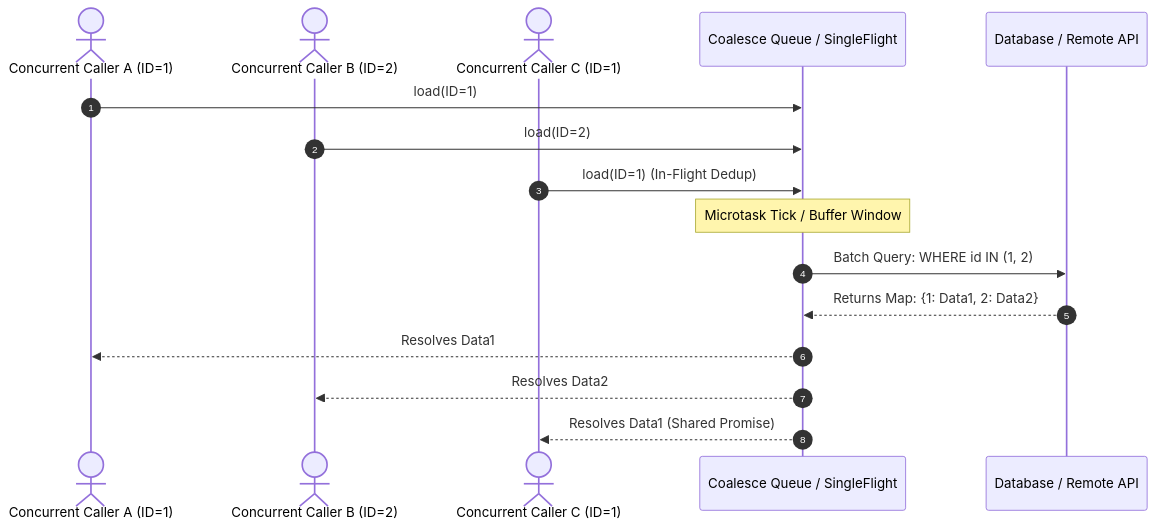
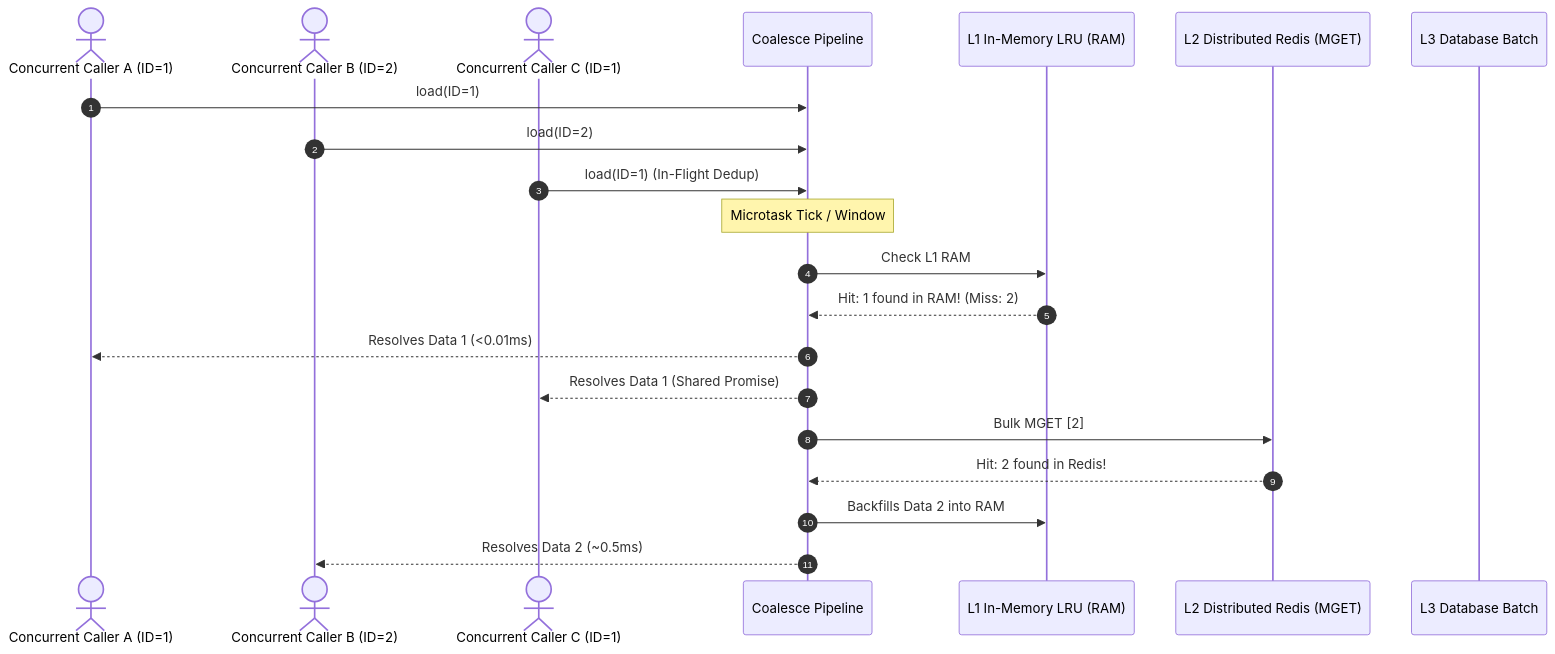
The diagram in website/src/content/docs/core/coalescing.mdx (montionugera/node-server-decorator), drawn with Mermaid before and after one commit. The commit also changed other lines of this file, not shown here.

````diff
--- a/website/src/content/docs/core/coalescing.mdx
+++ b/website/src/content/docs/core/coalescing.mdx
@@ -14,19 +15,26 @@
 ```mermaid
 sequenceDiagram
     autonumber
     actor CallerA as Concurrent Caller A (ID=1)
     actor CallerB as Concurrent Caller B (ID=2)
     actor CallerC as Concurrent Caller C (ID=1)
-    participant Coalescer as Coalesce Queue / SingleFlight
-    participant DB as Database / Remote API
+    participant Coalescer as Coalesce Pipeline
+    participant L1 as L1 In-Memory LRU (RAM)
+    participant L2 as L2 Distributed Redis (MGET)
+    participant DB as L3 Database Batch
 
     CallerA->>Coalescer: load(ID=1)
     CallerB->>Coalescer: load(ID=2)
     CallerC->>Coalescer: load(ID=1) (In-Flight Dedup)
-    Note over Coalescer: Microtask Tick / Buffer Window
-    Coalescer->>DB: Batch Query: WHERE id IN (1, 2)
-    DB-->>Coalescer: Returns Map: {1: Data1, 2: Data2}
-    Coalescer-->>CallerA: Resolves Data1
-    Coalescer-->>CallerB: Resolves Data2
-    Coalescer-->>CallerC: Resolves Data1 (Shared Promise)
+    Note over Coalescer: Microtask Tick / Window
+
+    Coalescer->>L1: Check L1 RAM
+    L1-->>Coalescer: Hit: 1 found in RAM! (Miss: 2)
+    Coalescer-->>CallerA: Resolves Data 1 (<0.01ms)
+    Coalescer-->>CallerC: Resolves Data 1 (Shared Promise)
+
+    Coalescer->>L2: Bulk MGET [2]
+    L2-->>Coalescer: Hit: 2 found in Redis!
+    Coalescer->>L1: Backfills Data 2 into RAM
+    Coalescer-->>CallerB: Resolves Data 2 (~0.5ms)
 ```
````
